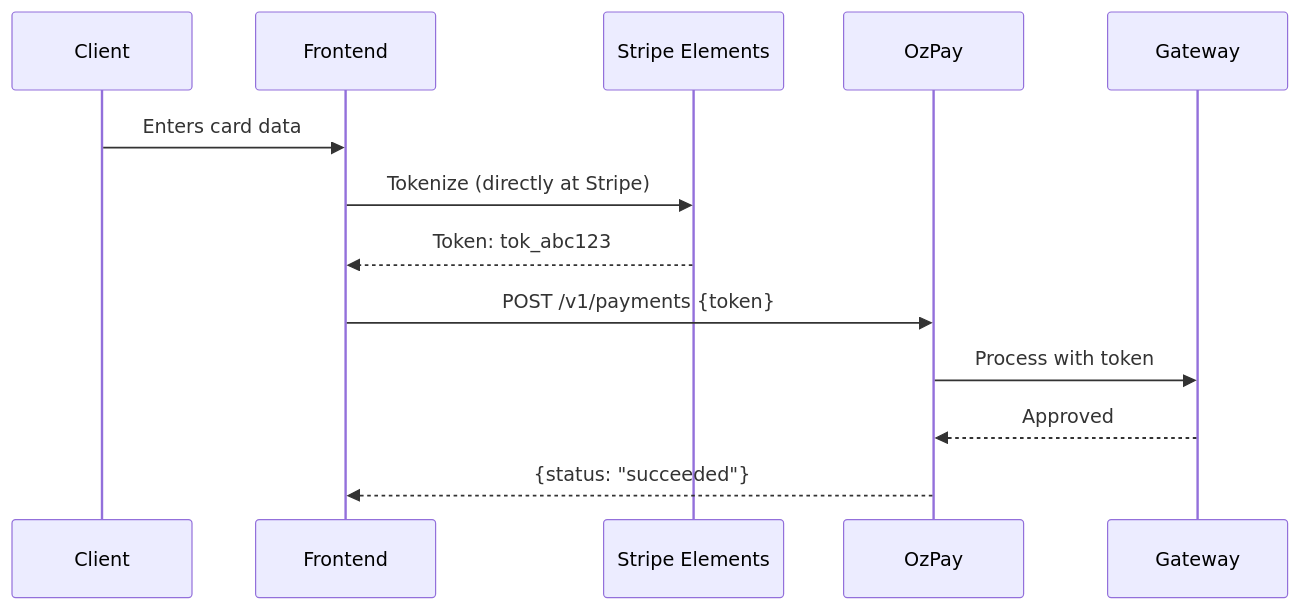
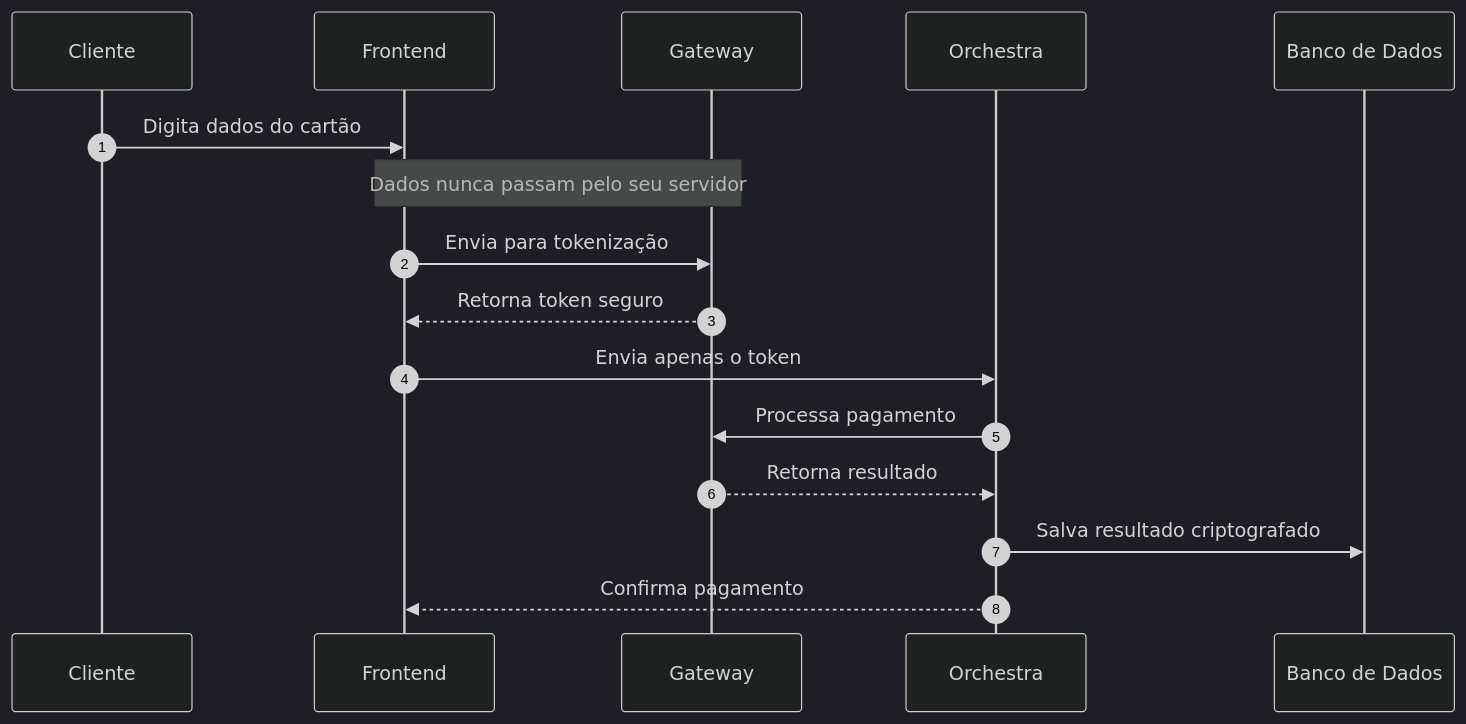
Before and after one commit to vitinh0z/orquestra.io: the first of 3 diagrams in README.md, drawn with Mermaid. The commit also changed other lines of this file, not shown here.

````diff
--- a/README.md
+++ b/README.md
@@ -68,16 +85,20 @@
 ```mermaid
+%%{init: {'theme':'dark', 'themeVariables': { 'primaryColor':'#1a1a1a','primaryTextColor':'#fff','primaryBorderColor':'#00ff00','lineColor':'#00ff00','secondaryColor':'#2a2a2a','tertiaryColor':'#1a1a1a','fontSize':'14px'}}}%%
 sequenceDiagram
-    participant Client
+    autonumber
+    participant Cliente
     participant Frontend
-    participant StripeElements as Stripe Elements
-    participant OzPay
     participant Gateway
+    participant Orchestra
+    participant Banco de Dados
 
-    Client->>Frontend: Enters card data
-    Frontend->>StripeElements: Tokenize (directly at Stripe)
-    StripeElements-->>Frontend: Token: tok_abc123
-    Frontend->>OzPay: POST /v1/payments {token}
-    OzPay->>Gateway: Process with token
-    Gateway-->>OzPay: Approved
-    OzPay-->>Frontend: {status: "succeeded"}
+    Cliente->>Frontend: Digita dados do cartão
+    Note over Frontend,Gateway: Dados nunca passam pelo seu servidor
+    Frontend->>Gateway: Envia para tokenização
+    Gateway-->>Frontend: Retorna token seguro
+    Frontend->>Orchestra: Envia apenas o token
+    Orchestra->>Gateway: Processa pagamento
+    Gateway-->>Orchestra: Retorna resultado
+    Orchestra->>Banco de Dados: Salva resultado criptografado
+    Orchestra-->>Frontend: Confirma pagamento
 ```
````
